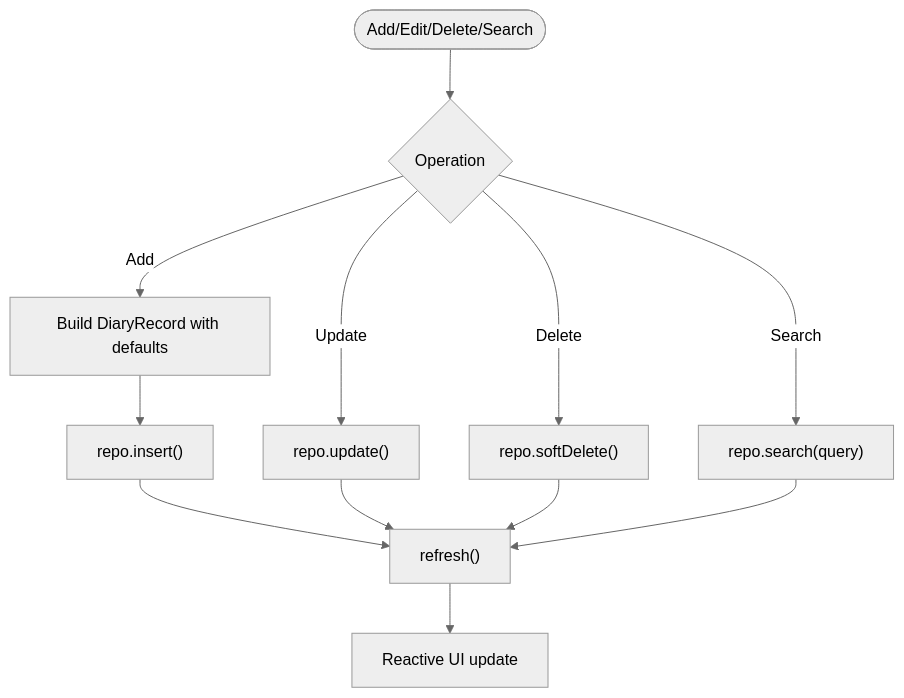
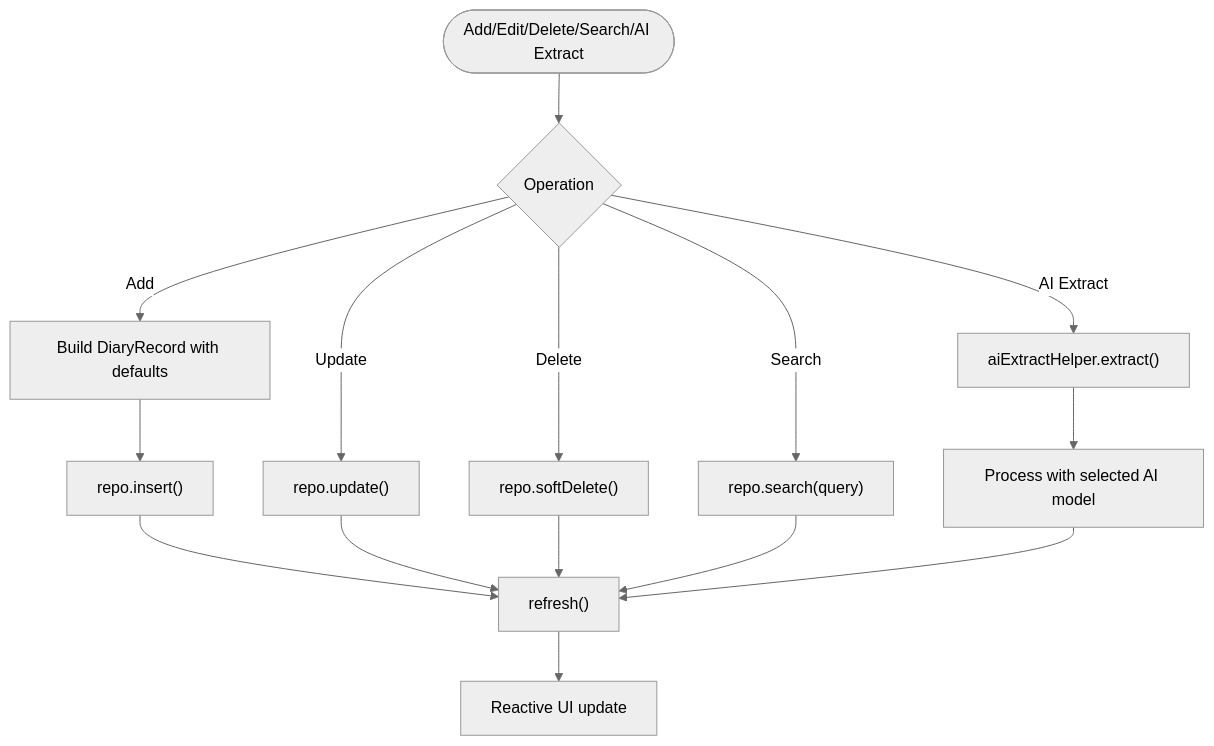
One commit to favoroo/QNote changed the fourth of 9 diagrams in .qoder/repowiki/en/content/Core Features/Diary Management.md. Above: the diagram before and after it, drawn with Mermaid (neutral theme). The commit also changed other lines of this file and 68 other files, not shown here.

````diff
--- a/.qoder/repowiki/en/content/Core Features/Diary Management.md
+++ b/.qoder/repowiki/en/content/Core Features/Diary Management.md
@@ -219,14 +256,17 @@
 ```mermaid
 flowchart TD
-Start(["Add/Edit/Delete/Search"]) --> Action{"Operation"}
+Start(["Add/Edit/Delete/Search/AI Extract"]) --> Action{"Operation"}
 Action --> |Add| Build["Build DiaryRecord with defaults"]
 Build --> Insert["repo.insert()"]
 Action --> |Update| Update["repo.update()"]
 Action --> |Delete| SoftDel["repo.softDelete()"]
 Action --> |Search| Search["repo.search(query)"]
+Action --> |AI Extract| AIExtract["aiExtractHelper.extract()"]
+AIExtract --> Process["Process with selected AI model"]
 Insert --> Refresh["refresh()"]
 Update --> Refresh
 SoftDel --> Refresh
 Search --> Refresh
+Process --> Refresh
 Refresh --> UI["Reactive UI update"]
 ```
````
